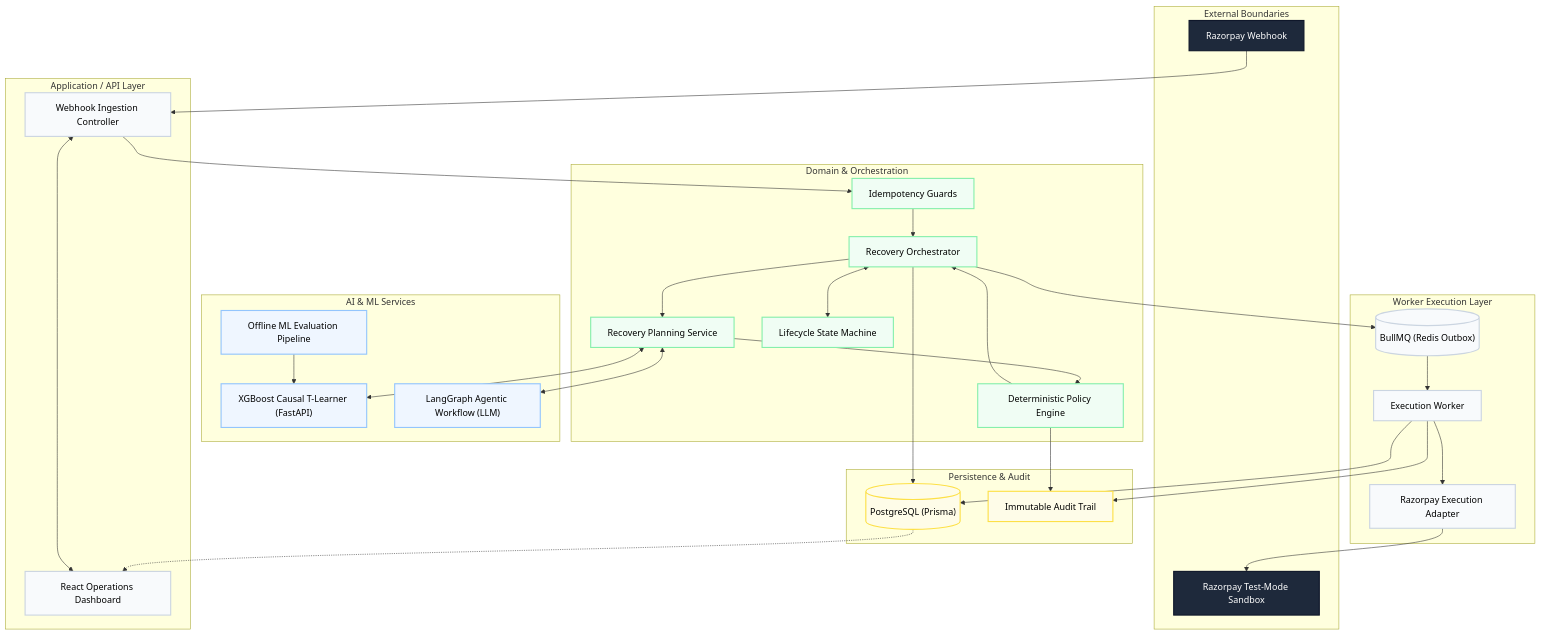
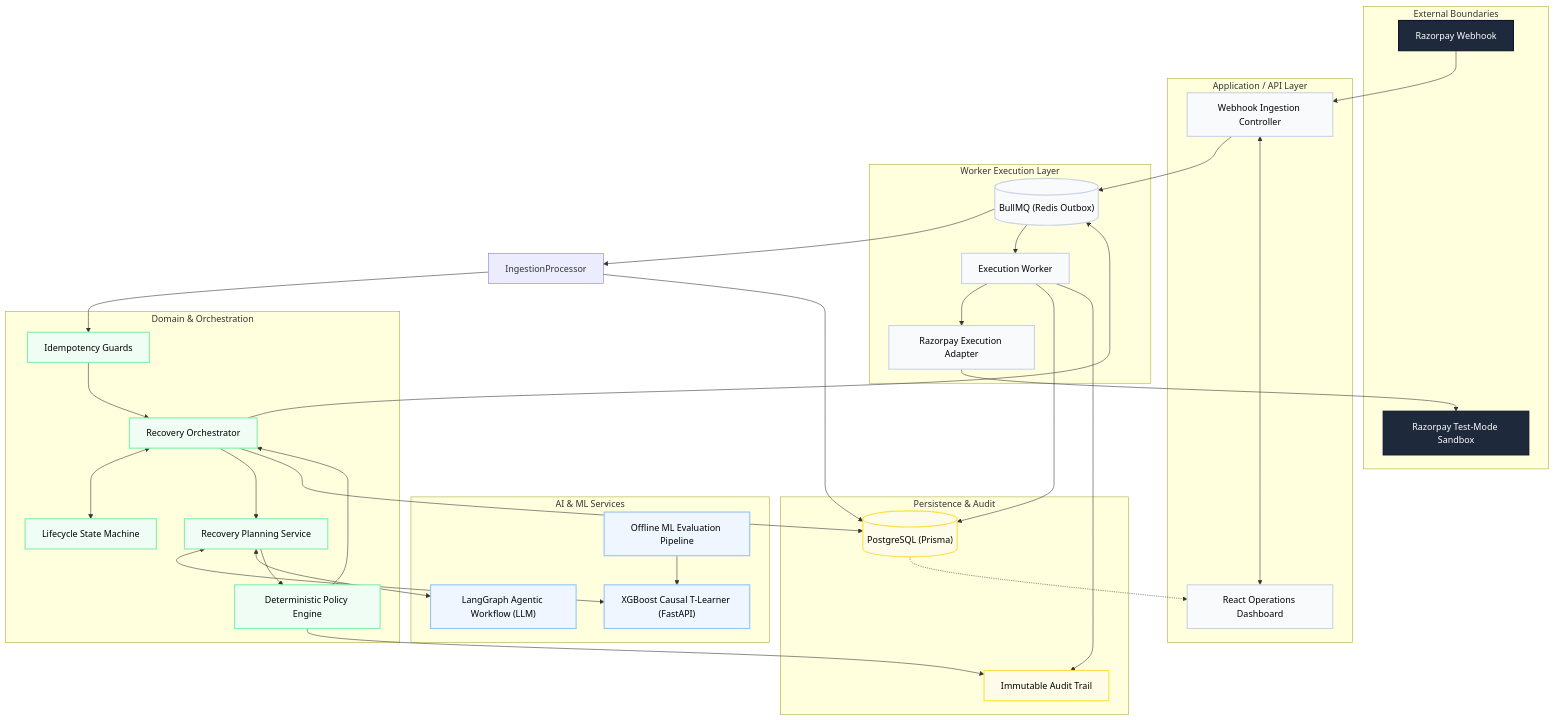
Before and after one commit to Surya-5555/FinTech-AI-05: the first of 6 diagrams in README.md, drawn with Mermaid. The commit also changed other lines of this file and 4 other files, not shown here.

Commit message:
feat: implement asynchronous webhook ingestion using BullMQ to ensure sub-5s response times

````diff
--- a/README.md
+++ b/README.md
@@ -37,79 +37,82 @@
 ```mermaid
 flowchart TB
     %% Definitions
     classDef external fill:#1e293b,stroke:#0f172a,stroke-width:2px,color:#fff
     classDef api fill:#f8fafc,stroke:#cbd5e1,stroke-width:2px,color:#000
     classDef domain fill:#f0fdf4,stroke:#86efac,stroke-width:2px,color:#000
     classDef ai fill:#eff6ff,stroke:#93c5fd,stroke-width:2px,color:#000
     classDef data fill:#fefce8,stroke:#fde047,stroke-width:2px,color:#000
 
     %% Subgraphs
     subgraph EXTERNAL ["External Boundaries"]
         Webhook["Razorpay Webhook"]
         Provider["Razorpay Test-Mode Sandbox"]
     end
     class Webhook,Provider external
 
     subgraph API_LAYER ["Application / API Layer"]
         Ingestion["Webhook Ingestion Controller"]
         DashboardUI["React Operations Dashboard"]
     end
     class Ingestion,DashboardUI api
 
     subgraph DOMAIN_LAYER ["Domain & Orchestration"]
         Orchestrator["Recovery Orchestrator"]
         Idempotency["Idempotency Guards"]
         Planning["Recovery Planning Service"]
         Policy["Deterministic Policy Engine"]
         StateMachine["Lifecycle State Machine"]
     end
     class Orchestrator,Idempotency,Planning,Policy,StateMachine domain
 
     subgraph AI_SERVICES ["AI & ML Services"]
         ML_FastAPI["XGBoost Causal T-Learner (FastAPI)"]
         LLM_Client["LangGraph Agentic Workflow (LLM)"]
         Eval["Offline ML Evaluation Pipeline"]
     end
     class ML_FastAPI,LLM_Client,Eval ai
 
     subgraph EXECUTION_LAYER ["Worker Execution Layer"]
         BullMQ[("BullMQ (Redis Outbox)")]
         Worker["Execution Worker"]
         Adapter["Razorpay Execution Adapter"]
     end
     class BullMQ,Worker,Adapter api
 
     subgraph PERSISTENCE ["Persistence & Audit"]
         Postgres[("PostgreSQL (Prisma)")]
         AuditLog["Immutable Audit Trail"]
     end
     class Postgres,AuditLog data
 
     %% Connections
     Webhook --> Ingestion
-    Ingestion --> Idempotency
+    Ingestion --> BullMQ
+    BullMQ --> IngestionProcessor
+    IngestionProcessor --> Idempotency
     Idempotency --> Orchestrator
     
     Orchestrator <--> StateMachine
     Orchestrator --> Planning
 
     Planning <--> ML_FastAPI
     Planning <--> LLM_Client
     
     Planning --> Policy
     Policy --> Orchestrator
     
     Orchestrator --> BullMQ
     BullMQ --> Worker
     Worker --> Adapter
     Adapter --> Provider
     
     Orchestrator --> Postgres
     Worker --> Postgres
+    IngestionProcessor --> Postgres
     Policy --> AuditLog
     Worker --> AuditLog
     
     Eval --> ML_FastAPI
     DashboardUI <--> Ingestion
     Postgres -.-> DashboardUI
 ```
````
